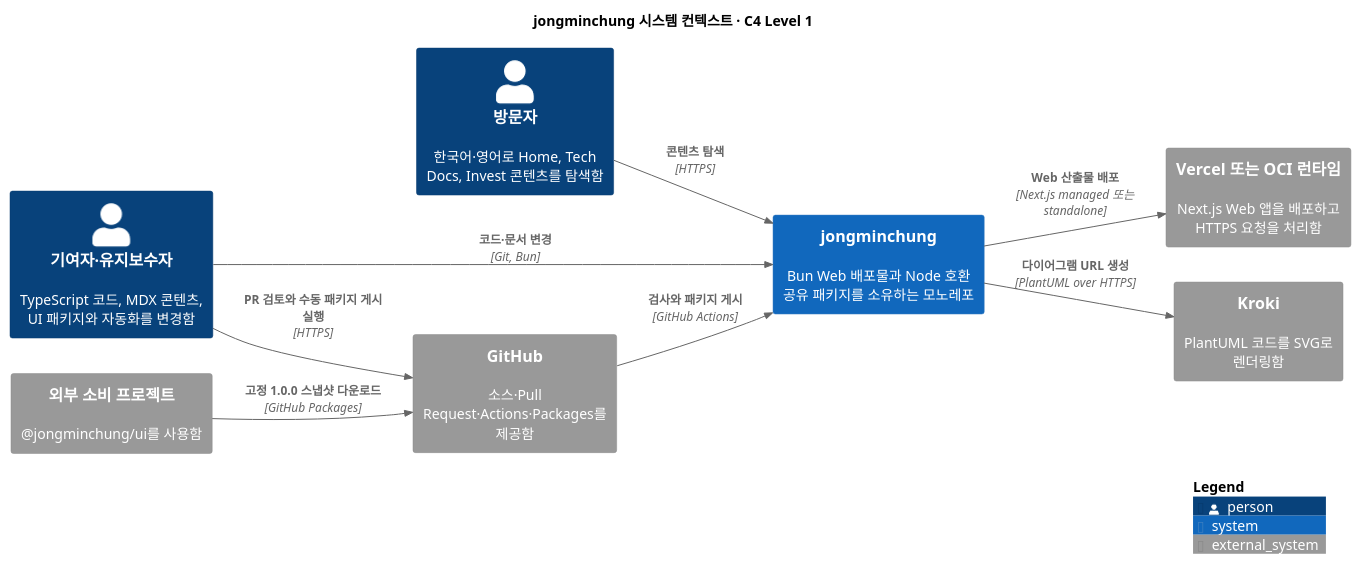
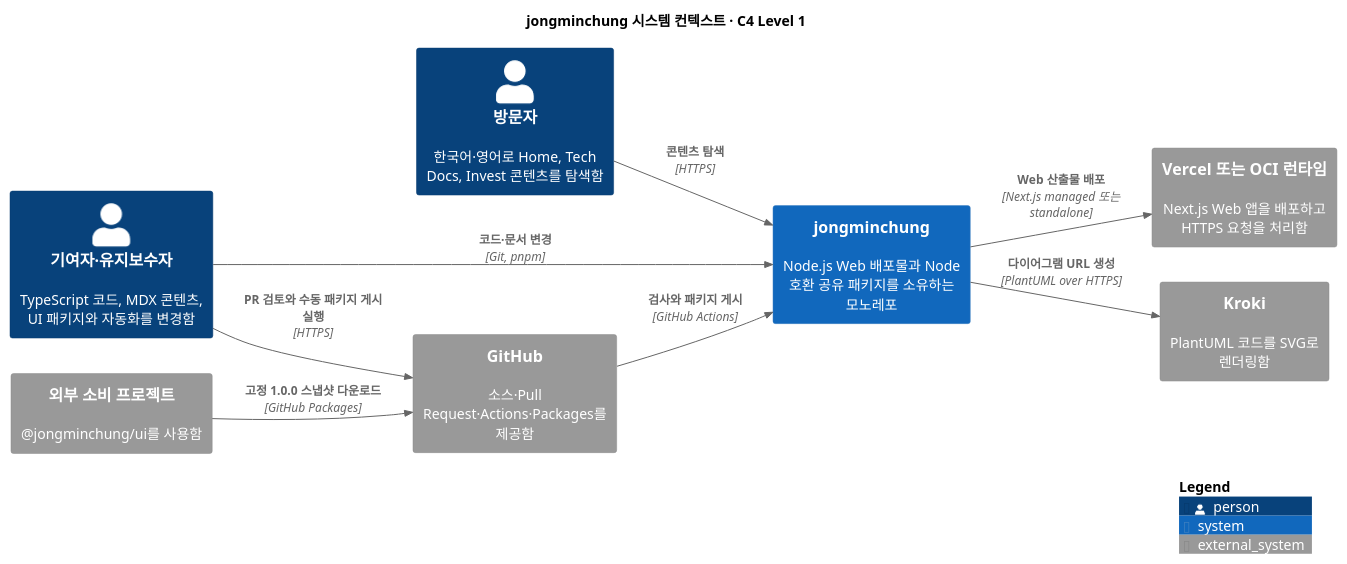
One commit to jongminchung/jongminchung changed the diagram in docs/diagrams/onboarding-context.puml. Above: the diagram before and after it, drawn with PlantUML. The commit also changed 42 other files, not shown here.

Commit message:
docs: update workflows for pnpm and Node

```diff
--- a/docs/diagrams/onboarding-context.puml
+++ b/docs/diagrams/onboarding-context.puml
@@ -1,25 +1,25 @@
 @startuml
 !include <C4/C4_Context>
 
 title jongminchung 시스템 컨텍스트 · C4 Level 1
 
 LAYOUT_LEFT_RIGHT()
 
 Person(visitor, "방문자", "한국어·영어로 Home, Tech Docs, Invest 콘텐츠를 탐색함")
 Person(maintainer, "기여자·유지보수자", "TypeScript 코드, MDX 콘텐츠, UI 패키지와 자동화를 변경함")
-System(jongminchung, "jongminchung", "Bun Web 배포물과 Node 호환 공유 패키지를 소유하는 모노레포")
+System(jongminchung, "jongminchung", "Node.js Web 배포물과 Node 호환 공유 패키지를 소유하는 모노레포")
 System_Ext(github, "GitHub", "소스·Pull Request·Actions·Packages를 제공함")
 System_Ext(vercel, "Vercel 또는 OCI 런타임", "Next.js Web 앱을 배포하고 HTTPS 요청을 처리함")
 System_Ext(kroki, "Kroki", "PlantUML 코드를 SVG로 렌더링함")
 System_Ext(consumer, "외부 소비 프로젝트", "@jongminchung/ui를 사용함")
 
 Rel(visitor, jongminchung, "콘텐츠 탐색", "HTTPS")
-Rel(maintainer, jongminchung, "코드·문서 변경", "Git, Bun")
+Rel(maintainer, jongminchung, "코드·문서 변경", "Git, pnpm")
 Rel(maintainer, github, "PR 검토와 수동 패키지 게시 실행", "HTTPS")
 Rel(github, jongminchung, "검사와 패키지 게시", "GitHub Actions")
 Rel(jongminchung, vercel, "Web 산출물 배포", "Next.js managed 또는 standalone")
 Rel(jongminchung, kroki, "다이어그램 URL 생성", "PlantUML over HTTPS")
 Rel(consumer, github, "고정 1.0.0 스냅샷 다운로드", "GitHub Packages")
 
 SHOW_LEGEND()
 @enduml
```
